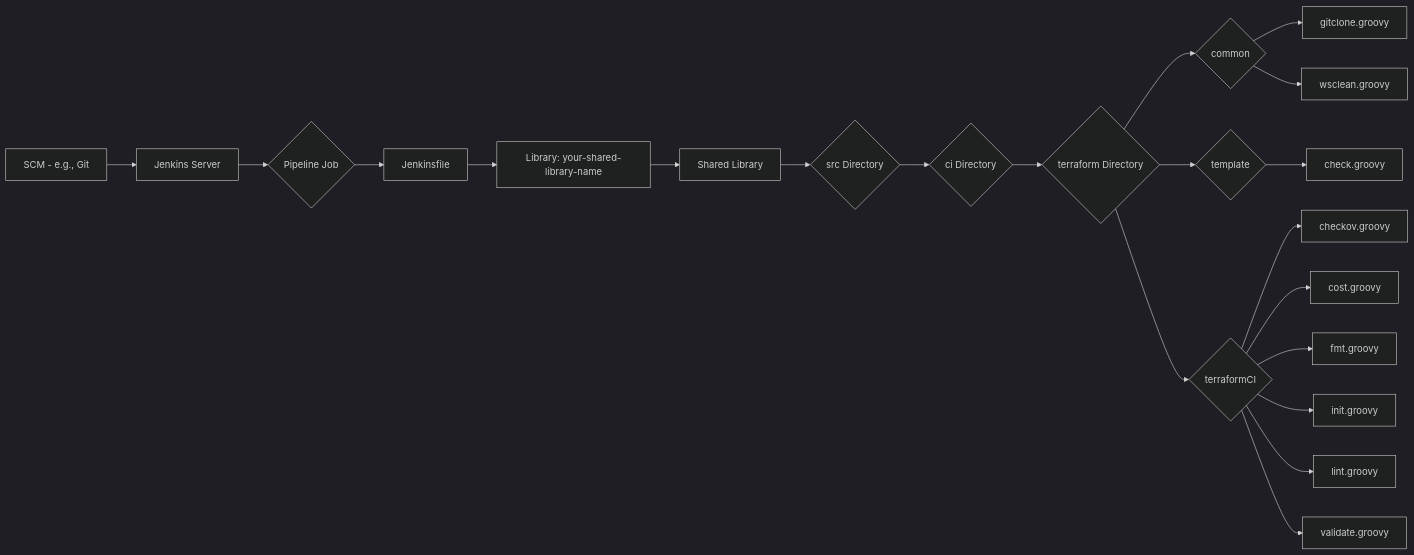
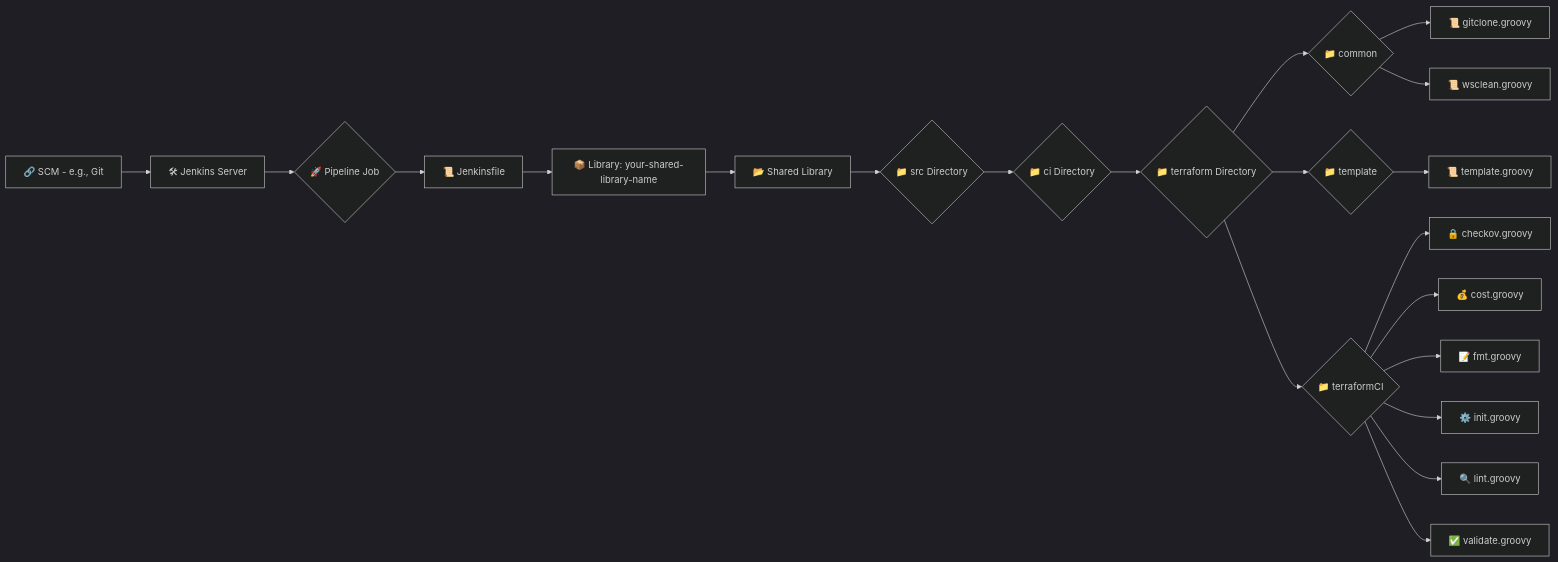
The diagram in README.md (mohitmaikhuri03/TerraformCI), drawn with Mermaid (dark theme) before and after one commit. The commit also changed other lines of this file, not shown here.

````diff
--- a/README.md
+++ b/README.md
@@ -42,20 +42,15 @@
 ```mermaid
----
-config:
-  layout: fixed
----
 flowchart LR
-    A["SCM - e.g., Git"] --> B["Jenkins Server"]
-    B --> C{"Pipeline Job"}
-    C --> D["Jenkinsfile"]
-    D --> E["Library: your-shared-library-name"]
-    E --> F["Shared Library"]
-    F --> G{"src Directory"}
-    G --> H{"ci Directory"}
-    H --> I{"terraform Directory"}
-    I --> J{"common"} & K{"template"} & L{"terraformCI"}
-    J --> M["gitclone.groovy"] & N["wsclean.groovy"]
-    K --> O["check.groovy"]
-    L --> P["checkov.groovy"] & Q["cost.groovy"] & R["fmt.groovy"] & S["init.groovy"] & T["lint.groovy"] & U["validate.groovy"]
-
+    A[🔗 SCM - e.g., Git] --> B[🛠 Jenkins Server]
+    B --> C{🚀 Pipeline Job}
+    C --> D[📜 Jenkinsfile]
+    D --> E[📦 Library: your-shared-library-name]
+    E --> F[📂 Shared Library]
+    F --> G{📁 src Directory}
+    G --> H{📁 ci Directory}
+    H --> I{📁 terraform Directory}
+    I --> J{📁 common} & K{📁 template} & L{📁 terraformCI}
+    J --> M[📜 gitclone.groovy] & N[📜 wsclean.groovy]
+    K --> O[📜 template.groovy]
+    L --> P[🔒 checkov.groovy] & Q[💰 cost.groovy] & R[📝 fmt.groovy] & S[⚙️ init.groovy] & T[🔍 lint.groovy] & U[✅ validate.groovy]
 ```
````
